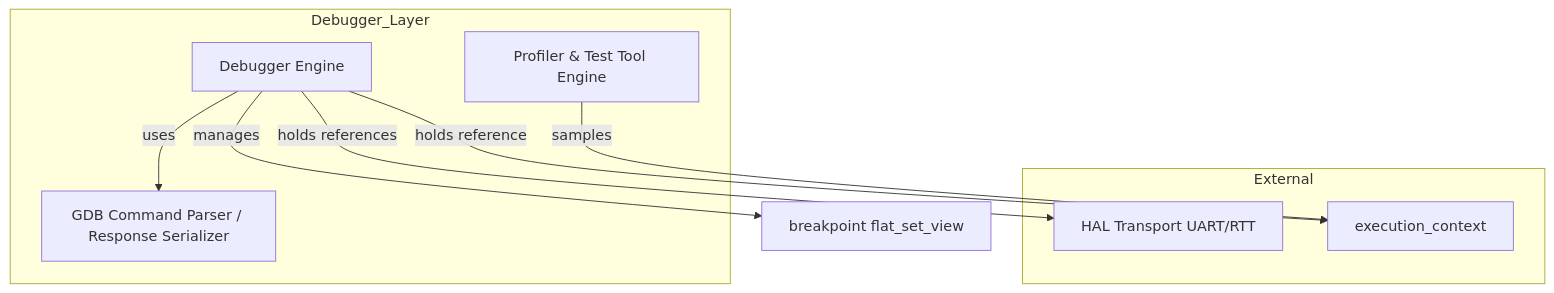
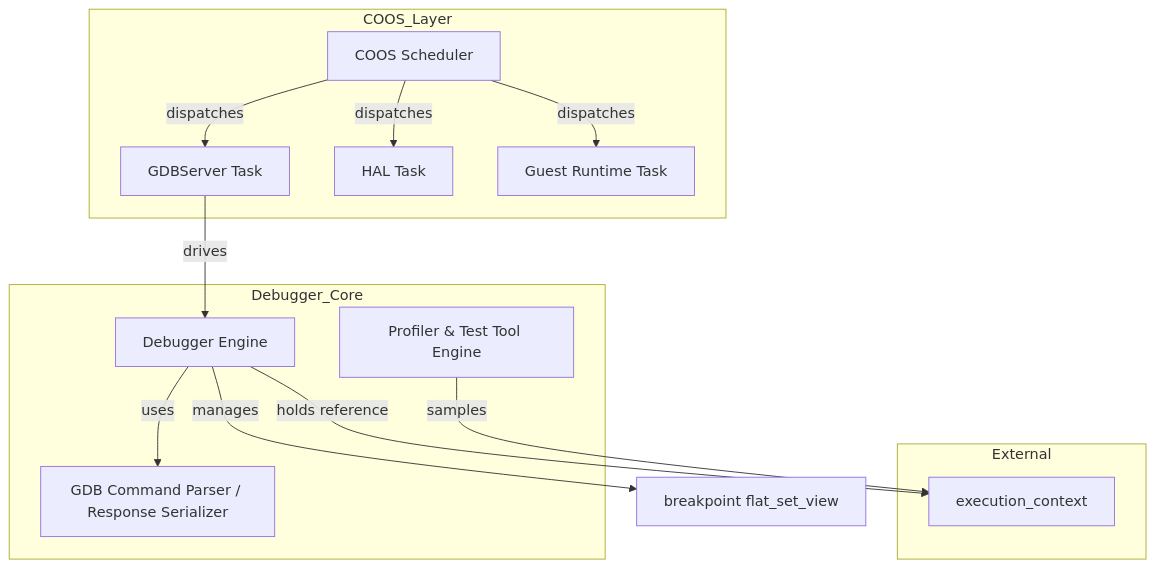
The first of 3 diagrams in docs/components/tier2_runtime/debug_manager.md (kmt-t/fireball), drawn with Mermaid before and after one commit. The commit also changed other lines of this file and 5 other files, not shown here.

Commit message:
feat(debugger): transform GDBServer into cooperative COOS task

````diff
--- a/docs/components/tier2_runtime/debug_manager.md
+++ b/docs/components/tier2_runtime/debug_manager.md
@@ -25,19 +25,28 @@
 ```mermaid
 graph TD
-    subgraph Debugger_Layer
+    subgraph COOS_Layer
+        Sched[COOS Scheduler]
+        GdbTask[GDBServer Task]
+        HalTask[HAL Task]
+        GuestTask[Guest Runtime Task]
+    end
+
+    subgraph Debugger_Core
         Engine[Debugger Engine]
         RspParser[GDB Command Parser / Response Serializer]
         Profiler[Profiler & Test Tool Engine]
     end
 
     subgraph External
-        HAL[HAL Transport UART/RTT]
         ECtx[execution_context]
     end
 
-    Engine -- holds references --> HAL
+    Sched -- dispatches --> GdbTask
+    Sched -- dispatches --> HalTask
+    Sched -- dispatches --> GuestTask
+    GdbTask -- drives --> Engine
     Engine -- uses --> RspParser
     Engine -- holds reference --> ECtx
     Engine -- manages --> BP[breakpoint flat_set_view]
     Profiler -- samples --> ECtx
 ```
````
